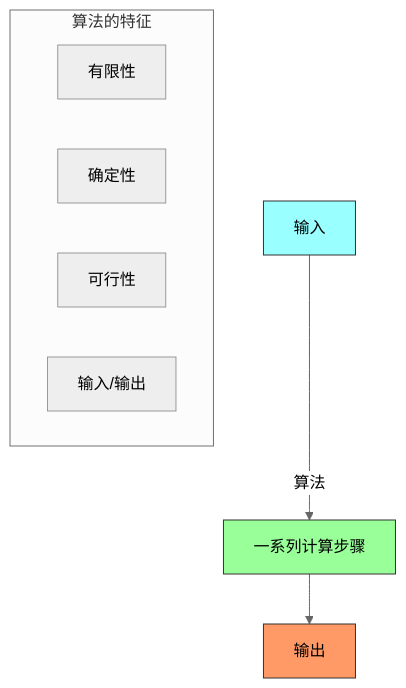
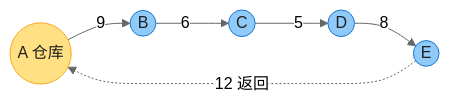
The diagram in IntroductionToAlgorithms/Chapter01_算法基础概念_深度版.md (socoo123/book_reading), drawn with Mermaid (neutral theme) before and after one commit. The commit also changed other lines of this file and 30 other files, not shown here.

````diff
--- a/IntroductionToAlgorithms/Chapter01_算法基础概念_深度版.md
+++ b/IntroductionToAlgorithms/Chapter01_算法基础概念_深度版.md
@@ -9,16 +74,13 @@
 ```mermaid
-graph TD
-    A["输入"] -->|"算法"| B["一系列计算步骤"]
-    B --> C["输出"]
+graph LR
+    A(("A 仓库")) -->|"9"| B(("B"))
+    B -->|"6"| C(("C"))
+    C -->|"5"| D(("D"))
+    D -->|"8"| E(("E"))
+    E -.->|"12 返回"| A
 
-    subgraph 算法的特征
-    F1["有限性"]
-    F2["确定性"]
-    F3["可行性"]
-    F4["输入/输出"]
-    end
-
-    style A fill:#9ff,stroke:#333
-    style B fill:#9f9,stroke:#333
-    style C fill:#f96,stroke:#333
+    classDef depot fill:#FFE082,stroke:#F9A825,color:#1f1f1f
+    classDef city fill:#90CAF9,stroke:#1976D2,color:#1f1f1f
+    class A depot
+    class B,C,D,E city
 ```
````
